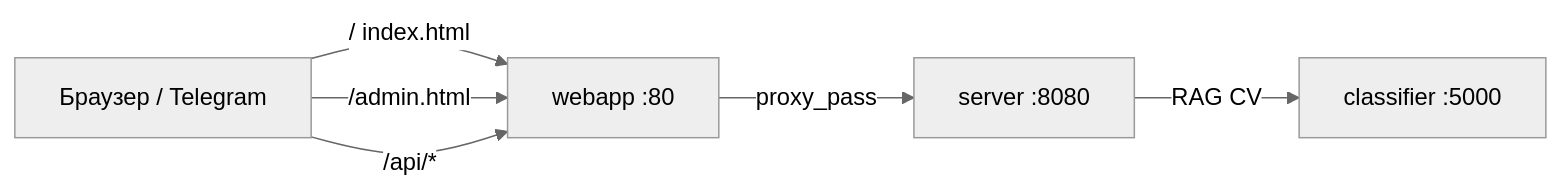
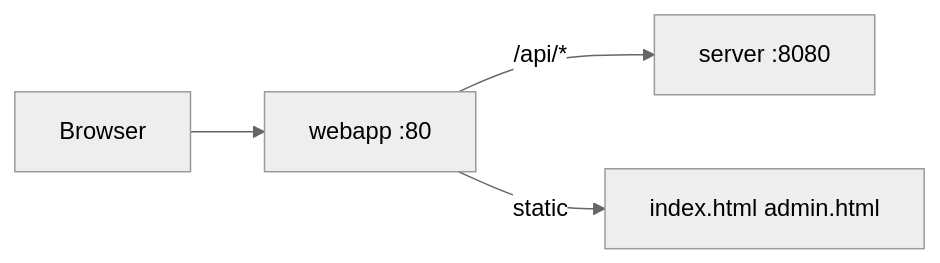
One commit to kantik001/grounded-llm changed the diagram in docs/knowledge-base/webapp-overview.md. Above: the diagram before and after it, drawn with Mermaid (neutral theme). The commit also changed other lines of this file and 31 other files, not shown here.

First line of the commit message:
Refresh docs and Docker configs; load admin domains from API.

````diff
--- a/docs/knowledge-base/webapp-overview.md
+++ b/docs/knowledge-base/webapp-overview.md
@@ -21,13 +10,6 @@
 ```mermaid
 flowchart LR
-    Browser["Браузер / Telegram"]
-    Nginx["webapp :80"]
-    Go["server :8080"]
-    Py["classifier :5000"]
-
-    Browser -->|"/" index.html| Nginx
-    Browser -->|"/admin.html"| Nginx
-    Browser -->|"/api/*"| Nginx
-    Nginx -->|proxy_pass| Go
-    Go -->|RAG CV| Py
+    Browser --> Nginx[webapp :80]
+    Nginx -->|/api/*| Go[server :8080]
+    Nginx -->|static| HTML[index.html admin.html]
 ```
````
